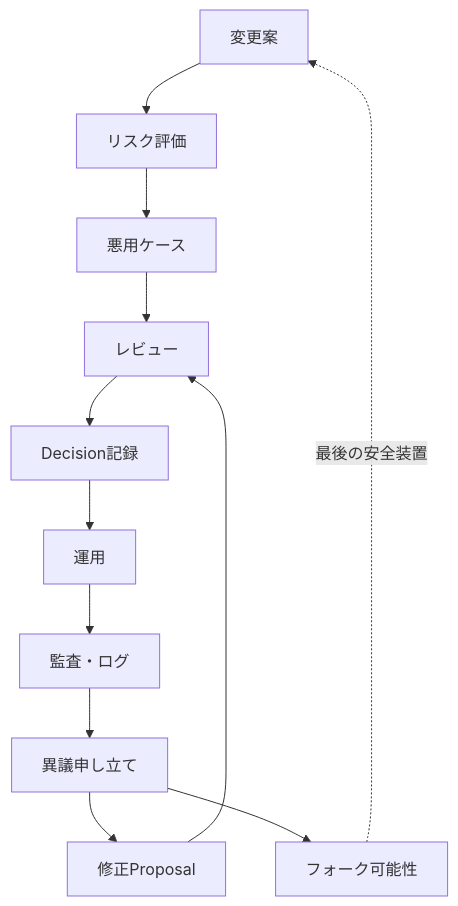
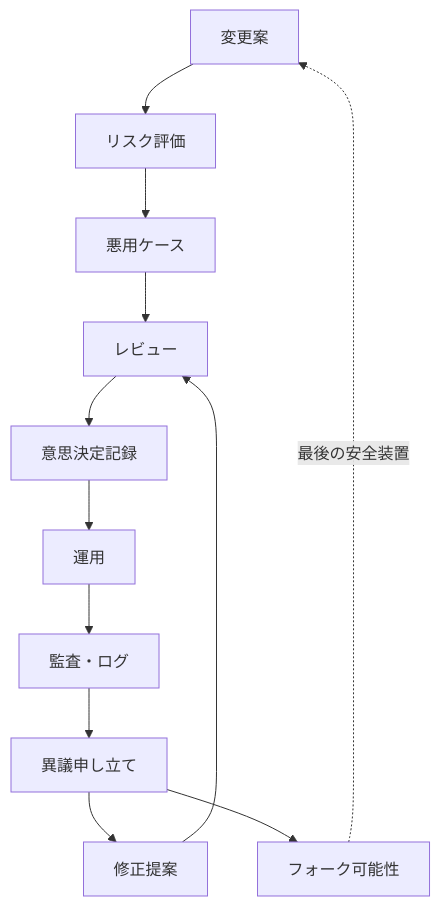
One commit to acecore-systems/world-foundation changed the diagram in assets/diagrams/05-risk-and-safety-loops.md. Above: the diagram before and after it, drawn with Mermaid. The commit also changed other lines of this file and 47 other files, not shown here.

````diff
--- a/assets/diagrams/05-risk-and-safety-loops.md
+++ b/assets/diagrams/05-risk-and-safety-loops.md
@@ -5,32 +5,32 @@
 ```mermaid
 flowchart TD
   Change["変更案"]
   Risk["リスク評価"]
   Abuse["悪用ケース"]
   Review["レビュー"]
-  Decision["Decision記録"]
+  意思決定["意思決定記録"]
   Operation["運用"]
-  Audit["監査・ログ"]
+  監査["監査・ログ"]
   Appeal["異議申し立て"]
-  Fix["修正Proposal"]
+  Fix["修正提案"]
   Fork["フォーク可能性"]
 
   Change --> Risk
   Risk --> Abuse
   Abuse --> Review
-  Review --> Decision
-  Decision --> Operation
-  Operation --> Audit
-  Audit --> Appeal
+  Review --> 意思決定
+  意思決定 --> Operation
+  Operation --> 監査
+  監査 --> Appeal
   Appeal --> Fix
   Fix --> Review
   Appeal --> Fork
   Fork -. "最後の安全装置" .-> Change
 
-  click Risk "../../docs/ja/05-threat-model.md" "Threat Model"
-  click Abuse "../../docs/ja/04-non-goals.md" "Non-goals"
-  click Decision "../../decisions/ja/README.md" "Decisions"
-  click Audit "../../modules/ja/audit/README.md" "Audit"
-  click Appeal "../../modules/ja/arbitration/README.md" "Arbitration"
-  click Fix "../../proposals/ja/README.md" "Proposals"
+  click Risk "../../docs/ja/05-threat-model.md" "脅威モデル"
+  click Abuse "../../docs/ja/04-non-goals.md" "対象外"
+  click 意思決定 "../../decisions/ja/README.md" "意思決定"
+  click 監査 "../../modules/ja/audit/README.md" "監査"
+  click Appeal "../../modules/ja/arbitration/README.md" "仲裁"
+  click Fix "../../proposals/ja/README.md" "提案"
 ```
````
